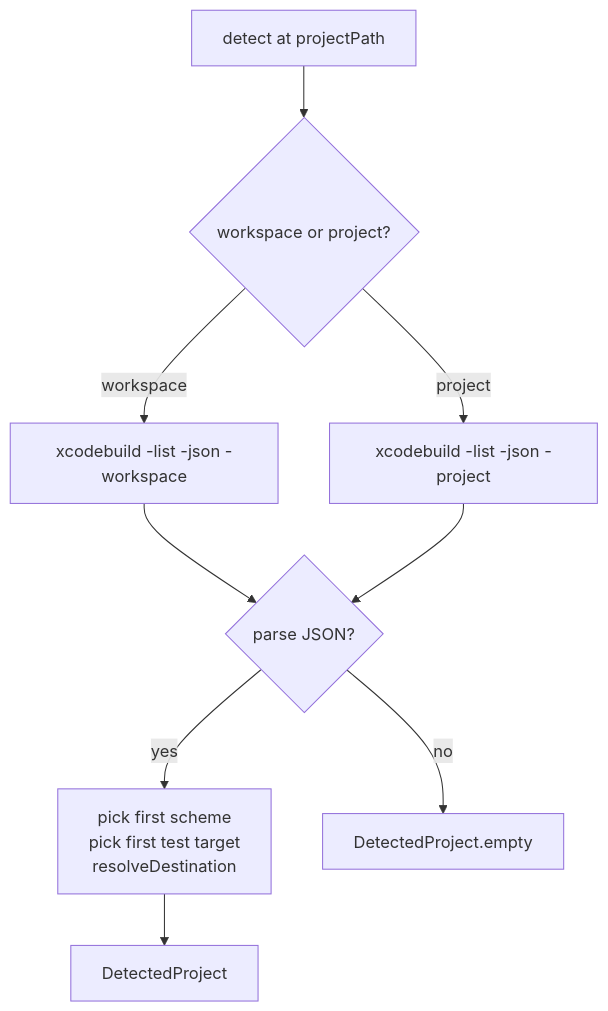
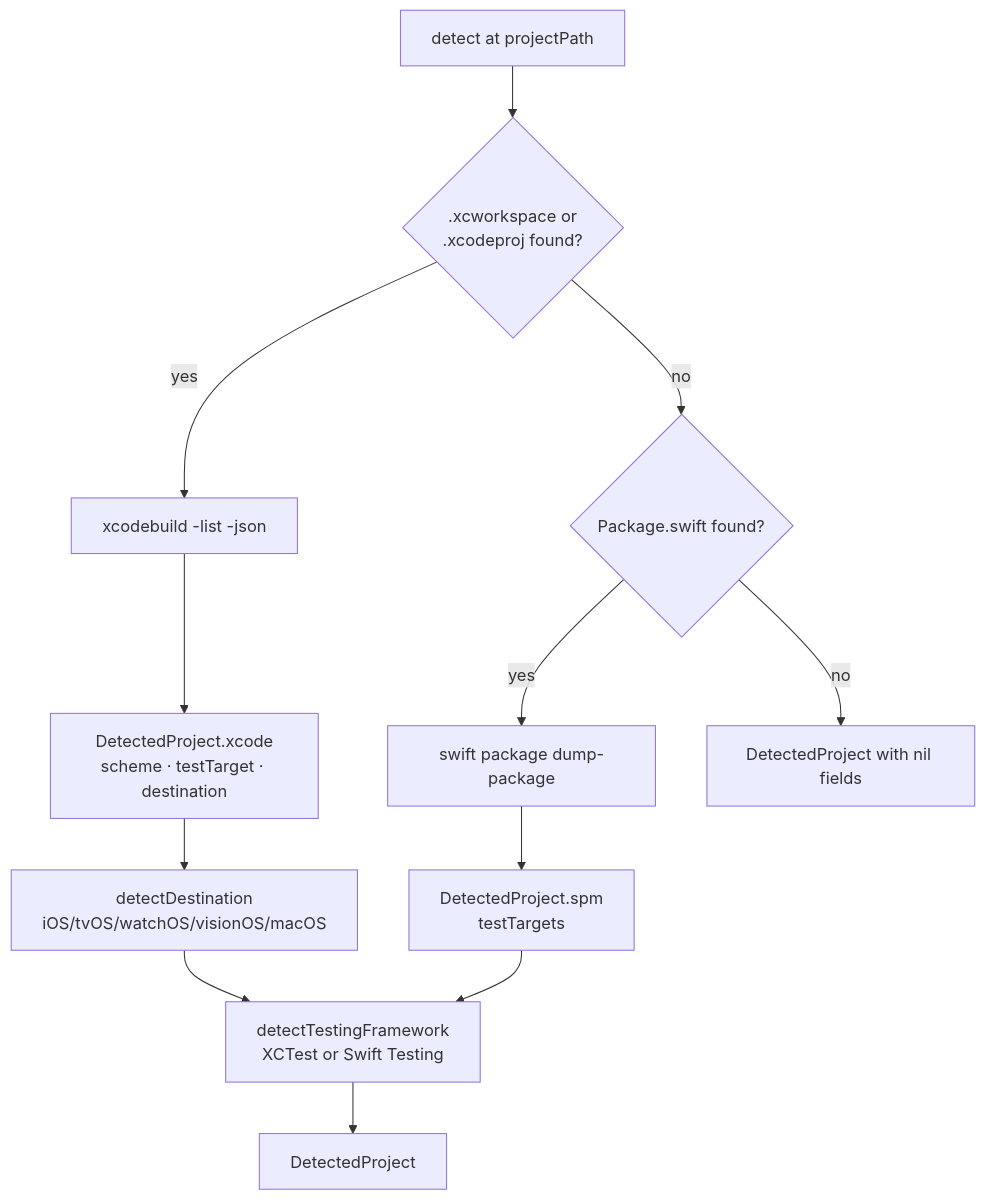
The diagram in Docs/CodeBase/02-configuration.md (ericodx/swift-mutation-testing), drawn with Mermaid before and after one commit. The commit also changed other lines of this file and 8 other files, not shown here.

````diff
--- a/Docs/CodeBase/02-configuration.md
+++ b/Docs/CodeBase/02-configuration.md
@@ -164,10 +209,14 @@
 ```mermaid
 flowchart TD
-    A[detect at projectPath] --> B{workspace or project?}
-    B -- workspace --> C[xcodebuild -list -json -workspace]
-    B -- project --> D[xcodebuild -list -json -project]
-    C & D --> E{parse JSON?}
-    E -- yes --> F[pick first scheme\npick first test target\nresolveDestination]
-    E -- no --> G[DetectedProject.empty]
-    F --> H[DetectedProject]
+    A[detect at projectPath] --> B{.xcworkspace or\n.xcodeproj found?}
+    B -- yes --> C[xcodebuild -list -json]
+    C --> D[DetectedProject.xcode\nscheme · testTarget · destination]
+    B -- no --> E{Package.swift found?}
+    E -- yes --> F[swift package dump-package]
+    F --> G[DetectedProject.spm\ntestTargets]
+    E -- no --> H[DetectedProject with nil fields]
+    D --> I[detectDestination\niOS/tvOS/watchOS/visionOS/macOS]
+    I --> J[detectTestingFramework\nXCTest or Swift Testing]
+    G --> J
+    J --> K[DetectedProject]
 ```
````
